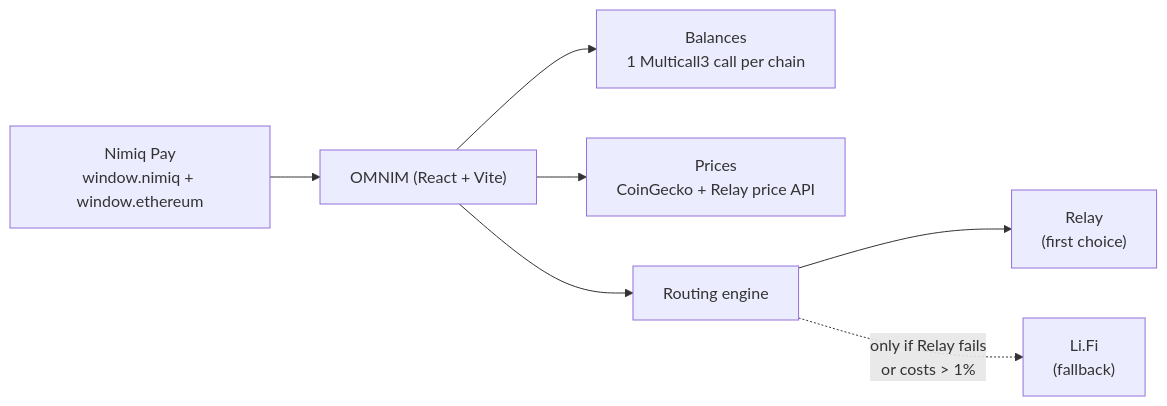
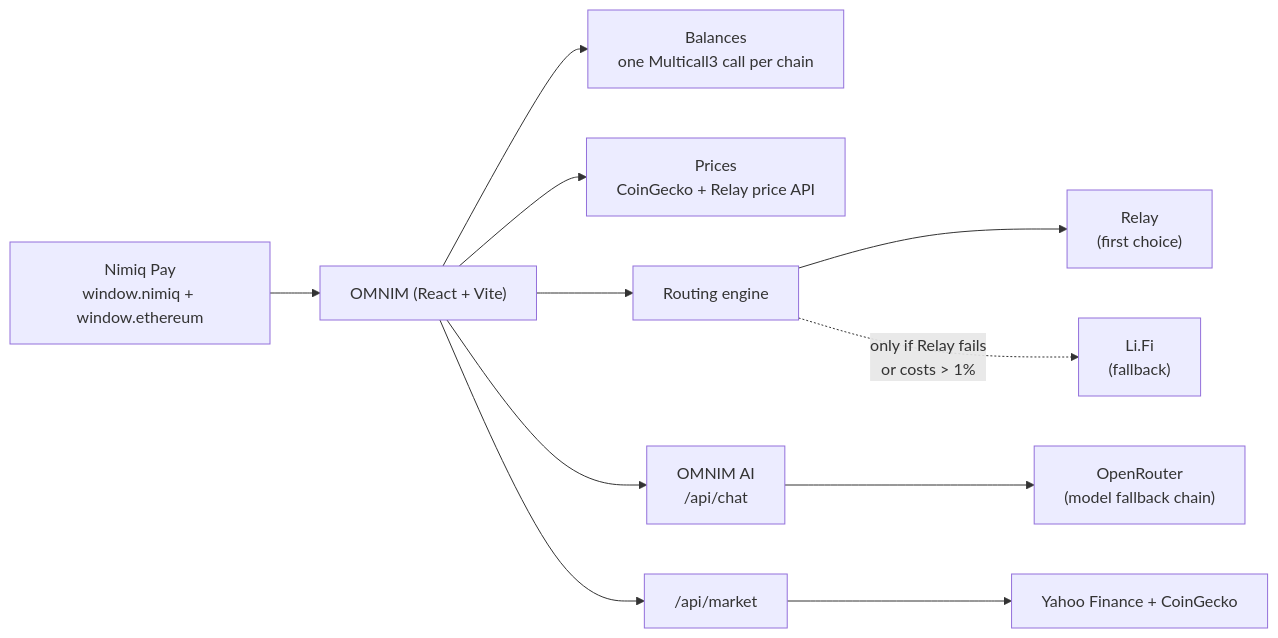
Before and after one commit to kazzysax/OMNIM: the diagram in README.md, drawn with Mermaid. The commit also changed other lines of this file, not shown here.

First line of the commit message:
Rewrite README: accurate asset list (56 listed), OMNIM AI, routing, balances, setup and deployment

````diff
--- a/README.md
+++ b/README.md
@@ -28,9 +29,13 @@
 ```mermaid
 flowchart LR
     Pay["Nimiq Pay<br/>window.nimiq + window.ethereum"] --> App["OMNIM (React + Vite)"]
-    App --> Bal["Balances<br/>1 Multicall3 call per chain"]
+    App --> Bal["Balances<br/>one Multicall3 call per chain"]
     App --> Px["Prices<br/>CoinGecko + Relay price API"]
     App --> Route["Routing engine"]
     Route --> Relay["Relay<br/>(first choice)"]
     Route -.->|"only if Relay fails<br/>or costs &gt; 1%"| LiFi["Li.Fi<br/>(fallback)"]
+    App --> AI["OMNIM AI<br/>/api/chat"]
+    AI --> OR["OpenRouter<br/>(model fallback chain)"]
+    App --> Mkt["/api/market"]
+    Mkt --> Data["Yahoo Finance + CoinGecko"]
 ```
````
